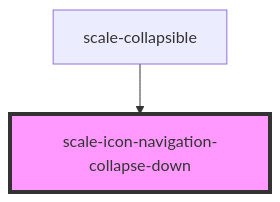
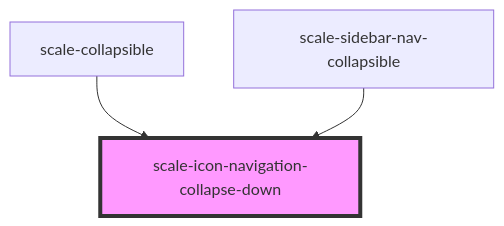
One commit to gaurishkamat/scale changed the diagram in packages/components/src/components/icons/navigation-collapse-down/readme.md. Above: the diagram before and after it, drawn with Mermaid. The commit also changed other lines of this file and 11 other files, not shown here.

Commit message:
refactor: test setNestingLevelOnChildren() on sidebar-nav (WIP)

````diff
--- a/packages/components/src/components/icons/navigation-collapse-down/readme.md
+++ b/packages/components/src/components/icons/navigation-collapse-down/readme.md
@@ -26,5 +27,6 @@
 ```mermaid
 graph TD;
   scale-collapsible --> scale-icon-navigation-collapse-down
+  scale-sidebar-nav-collapsible --> scale-icon-navigation-collapse-down
   style scale-icon-navigation-collapse-down fill:#f9f,stroke:#333,stroke-width:4px
 ```
````
